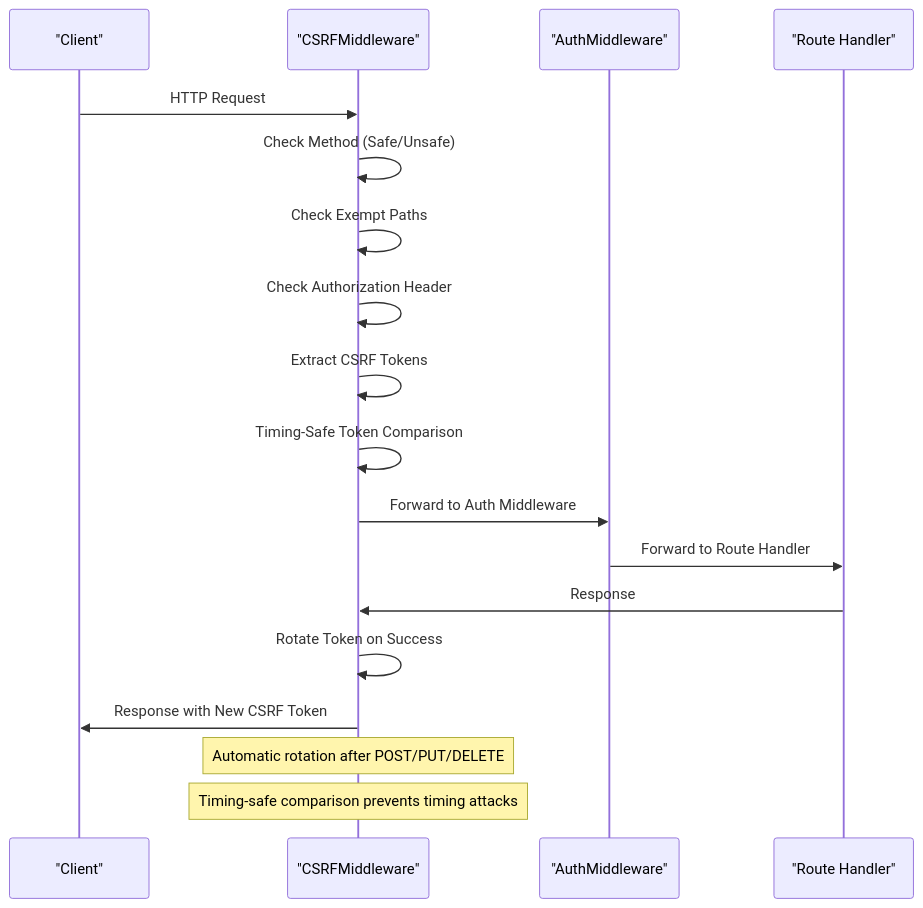
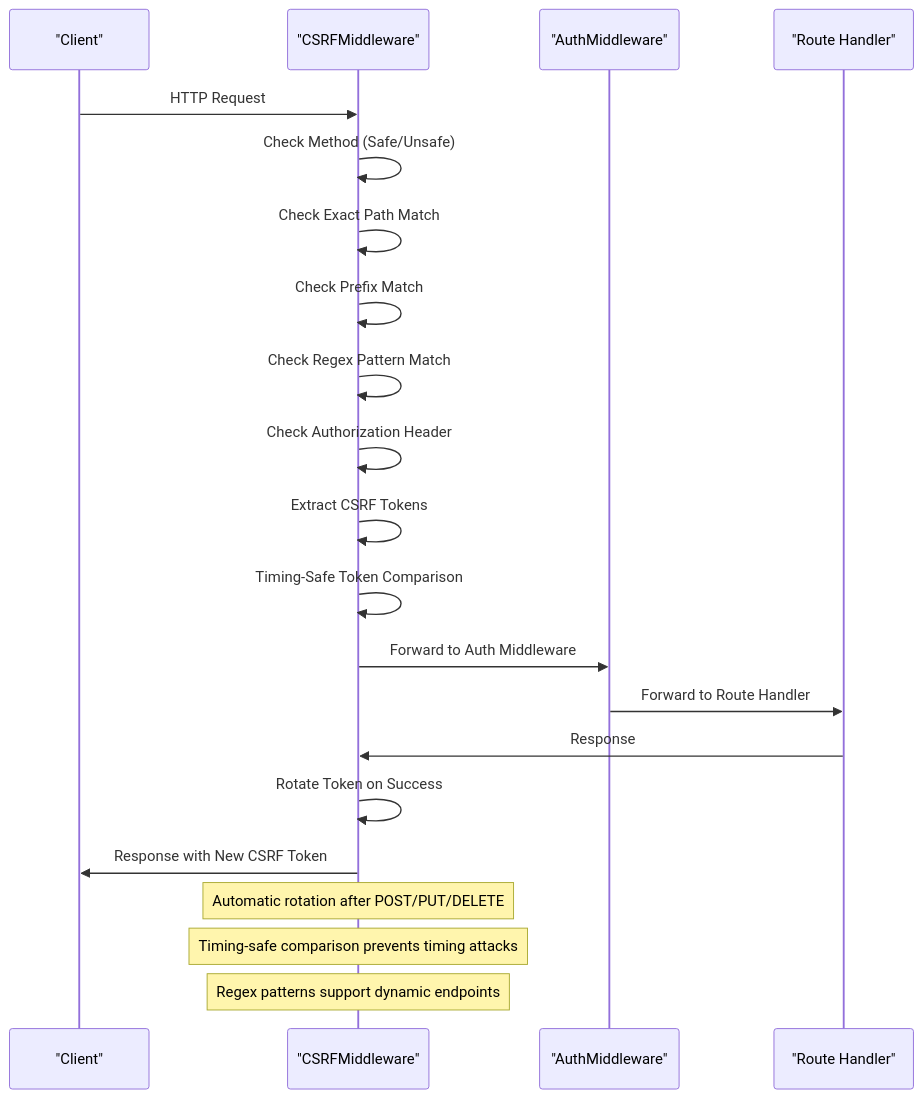
One commit to Revanththetalogics/aireume changed the third of 7 diagrams in .qoder/repowiki/en/content/Advanced Topics/Security Hardening/CSRF Protection Middleware.md. Above: the diagram before and after it, drawn with Mermaid. The commit also changed other lines of this file and 4 other files, not shown here.

````diff
--- a/.qoder/repowiki/en/content/Advanced Topics/Security Hardening/CSRF Protection Middleware.md
+++ b/.qoder/repowiki/en/content/Advanced Topics/Security Hardening/CSRF Protection Middleware.md
@@ -133,20 +155,23 @@
 ```mermaid
 sequenceDiagram
 participant Client as "Client"
 participant CSRF as "CSRFMiddleware"
 participant Auth as "AuthMiddleware"
 participant Route as "Route Handler"
 Client->>CSRF : HTTP Request
 CSRF->>CSRF : Check Method (Safe/Unsafe)
-CSRF->>CSRF : Check Exempt Paths
+CSRF->>CSRF : Check Exact Path Match
+CSRF->>CSRF : Check Prefix Match
+CSRF->>CSRF : Check Regex Pattern Match
 CSRF->>CSRF : Check Authorization Header
 CSRF->>CSRF : Extract CSRF Tokens
 CSRF->>CSRF : Timing-Safe Token Comparison
 CSRF->>Auth : Forward to Auth Middleware
 Auth->>Route : Forward to Route Handler
 Route->>CSRF : Response
 CSRF->>CSRF : Rotate Token on Success
 CSRF->>Client : Response with New CSRF Token
 Note over CSRF : Automatic rotation after POST/PUT/DELETE
 Note over CSRF : Timing-safe comparison prevents timing attacks
+Note over CSRF : Regex patterns support dynamic endpoints
 ```
````
